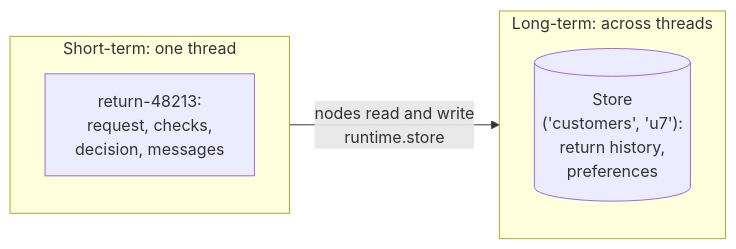
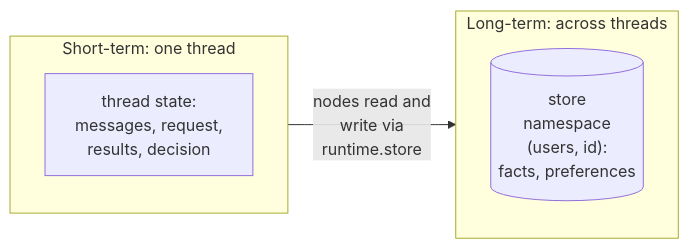
The seventh of 9 diagrams in src/Data/aiStackDocs/CH-14.md (shubamchaudhary/CodeNITW), drawn with Mermaid before and after one commit. The commit also changed other lines of this file and 7 other files, not shown here.

````diff
--- a/src/Data/aiStackDocs/CH-14.md
+++ b/src/Data/aiStackDocs/CH-14.md
@@ -253,10 +277,10 @@
 ```mermaid
 flowchart LR
     subgraph T["Short-term: one thread"]
-        M["return-48213:<br/>request, checks,<br/>decision, messages"]
+        M["thread state:<br/>messages, request,<br/>results, decision"]
     end
     subgraph L["Long-term: across threads"]
-        S[("Store<br/>('customers', 'u7'):<br/>return history,<br/>preferences")]
+        S[("store<br/>namespace<br/>(users, id):<br/>facts, preferences")]
     end
-    T -->|"nodes read and write<br/>runtime.store"| L
+    T -->|"nodes read and<br/>write via<br/>runtime.store"| L
 ```
````
